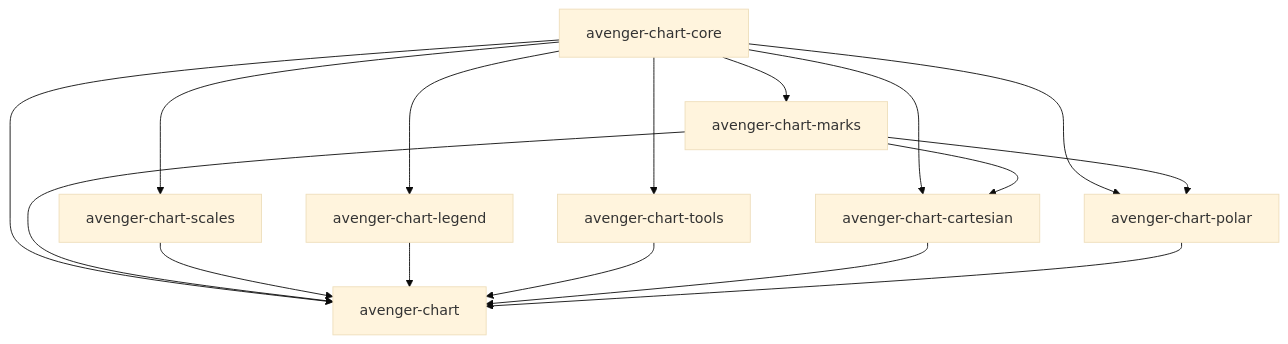
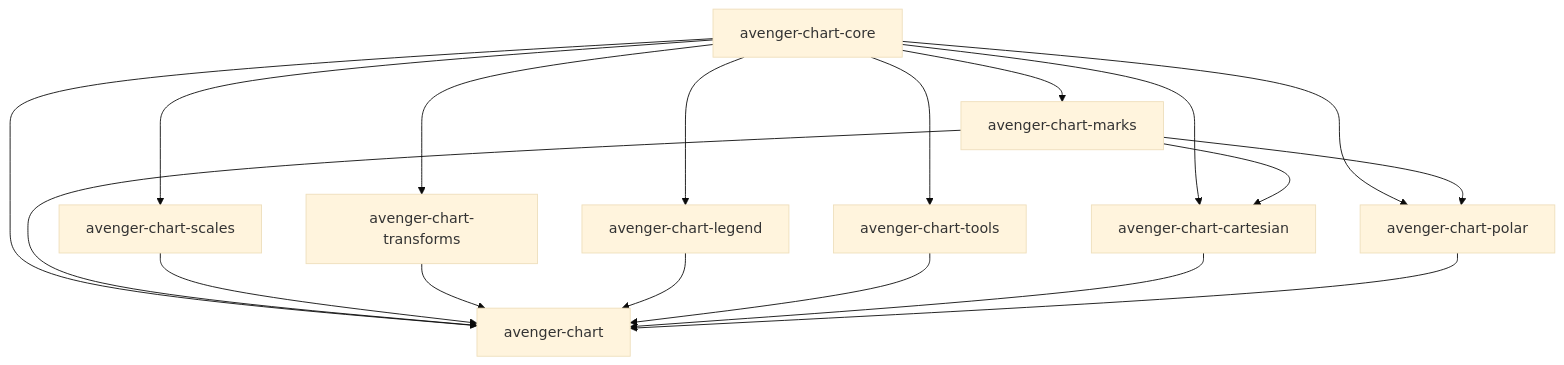
One commit to jonmmease/avenger changed the diagram in avenger-chart/docs/architecture/crate-boundaries.md. Above: the diagram before and after it, drawn with Mermaid (base theme). The commit also changed other lines of this file and 4 other files, not shown here.

Commit message:
docs(chart): document transform architecture

````diff
--- a/avenger-chart/docs/architecture/crate-boundaries.md
+++ b/avenger-chart/docs/architecture/crate-boundaries.md
@@ -28,27 +30,30 @@
 ```mermaid
 flowchart TD
     Core["avenger-chart-core"]
     Marks["avenger-chart-marks"]
     Scales["avenger-chart-scales"]
+    Transforms["avenger-chart-transforms"]
     Legend["avenger-chart-legend"]
     Tools["avenger-chart-tools"]
     Cartesian["avenger-chart-cartesian"]
     Polar["avenger-chart-polar"]
     Chart["avenger-chart"]
 
     Core --> Marks
     Core --> Scales
     Core --> Legend
+    Core --> Transforms
     Core --> Tools
     Core --> Cartesian
     Core --> Polar
     Core --> Chart
     Marks --> Cartesian
     Marks --> Polar
     Marks --> Chart
     Scales --> Chart
+    Transforms --> Chart
     Legend --> Chart
     Tools --> Chart
     Cartesian --> Chart
     Polar --> Chart
 ```
````
